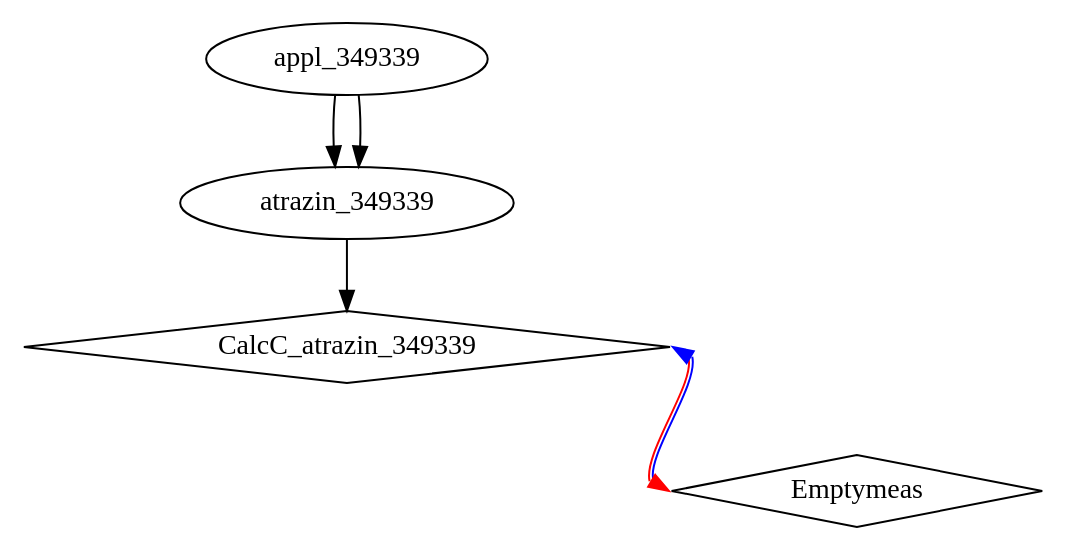
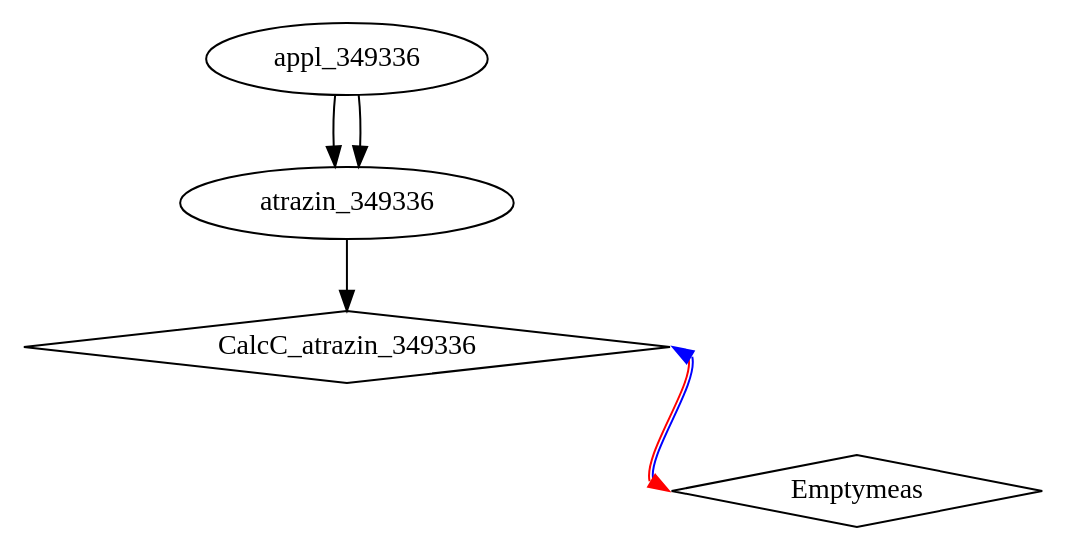
One commit to moserand/CrossWater changed the diagram in toy_model/tmp/model_layout.dot. Above: the diagram before and after it, drawn with Graphviz. The commit also changed 12 other files, not shown here.

```diff
--- a/toy_model/tmp/model_layout.dot
+++ b/toy_model/tmp/model_layout.dot
@@ -1,8 +1,8 @@
 digraph layout {
-	appl_349339 -> atrazin_349339;
-	appl_349339 -> atrazin_349339;
-	CalcC_atrazin_349339 [shape=diamond];
+	appl_349336 -> atrazin_349336;
+	appl_349336 -> atrazin_349336;
+	CalcC_atrazin_349336 [shape=diamond];
 	Emptymeas [shape=diamond];
-	atrazin_349339 -> CalcC_atrazin_349339;
-	CalcC_atrazin_349339:e -> Emptymeas:w [dir=both color="red:blue"];
+	atrazin_349336 -> CalcC_atrazin_349336;
+	CalcC_atrazin_349336:e -> Emptymeas:w [dir=both color="red:blue"];
 }
```
